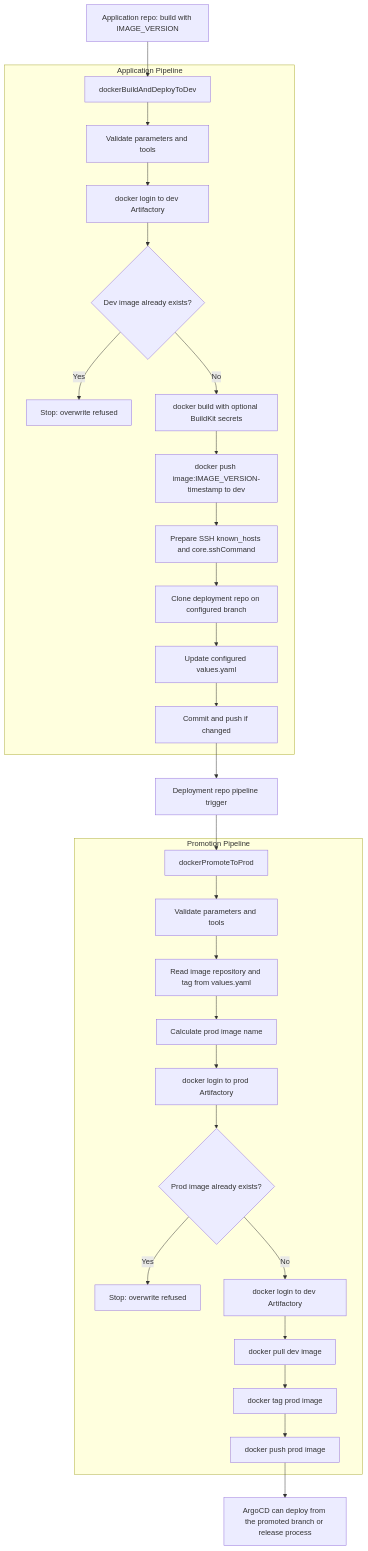
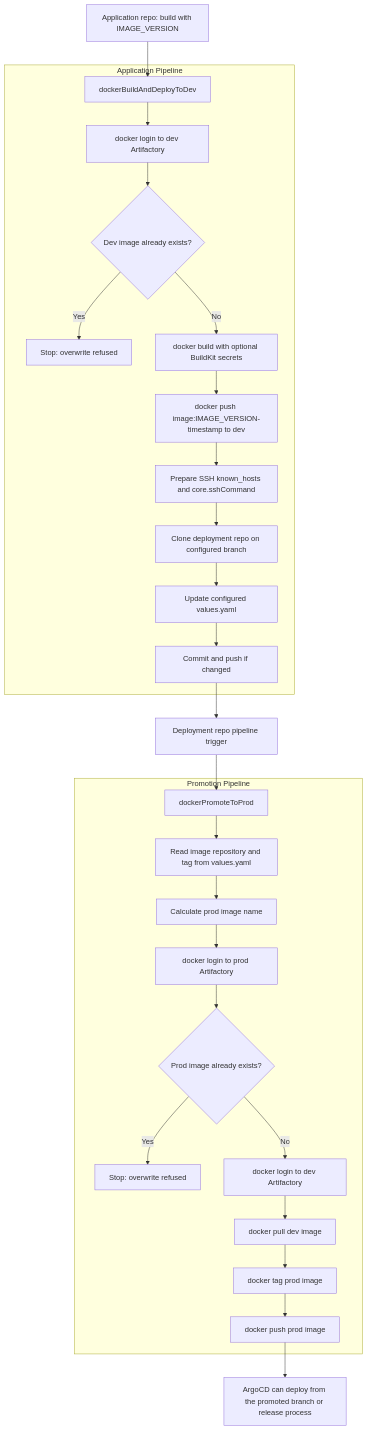
One commit to thomas-illiet/jenkins-argocd changed the diagram in README.md. Above: the diagram before and after it, drawn with Mermaid. The commit also changed 2 other files, not shown here.

Commit message:
refactor: simplify Jenkins pipeline stages

````diff
--- a/README.md
+++ b/README.md
@@ -111,35 +111,33 @@
 ```mermaid
 flowchart TD
     A["Application repo: build with IMAGE_VERSION"] --> B["dockerBuildAndDeployToDev"]
 
     subgraph APP["Application Pipeline"]
-        B --> C["Validate parameters and tools"]
-        C --> D["docker login to dev Artifactory"]
+        B --> D["docker login to dev Artifactory"]
         D --> E{"Dev image already exists?"}
         E -->|Yes| F["Stop: overwrite refused"]
         E -->|No| G["docker build with optional BuildKit secrets"]
         G --> H["docker push image:IMAGE_VERSION-timestamp to dev"]
         H --> I["Prepare SSH known_hosts and core.sshCommand"]
         I --> J["Clone deployment repo on configured branch"]
         J --> K["Update configured values.yaml"]
         K --> L["Commit and push if changed"]
     end
 
     L --> M["Deployment repo pipeline trigger"]
     M --> N["dockerPromoteToProd"]
 
     subgraph PROMOTE["Promotion Pipeline"]
-        N --> O["Validate parameters and tools"]
-        O --> P["Read image repository and tag from values.yaml"]
+        N --> P["Read image repository and tag from values.yaml"]
         P --> Q["Calculate prod image name"]
         Q --> R["docker login to prod Artifactory"]
         R --> S{"Prod image already exists?"}
         S -->|Yes| T["Stop: overwrite refused"]
         S -->|No| U["docker login to dev Artifactory"]
         U --> V["docker pull dev image"]
         V --> W["docker tag prod image"]
         W --> X["docker push prod image"]
     end
 
     X --> Y["ArgoCD can deploy from the promoted branch or release process"]
 ```
````
